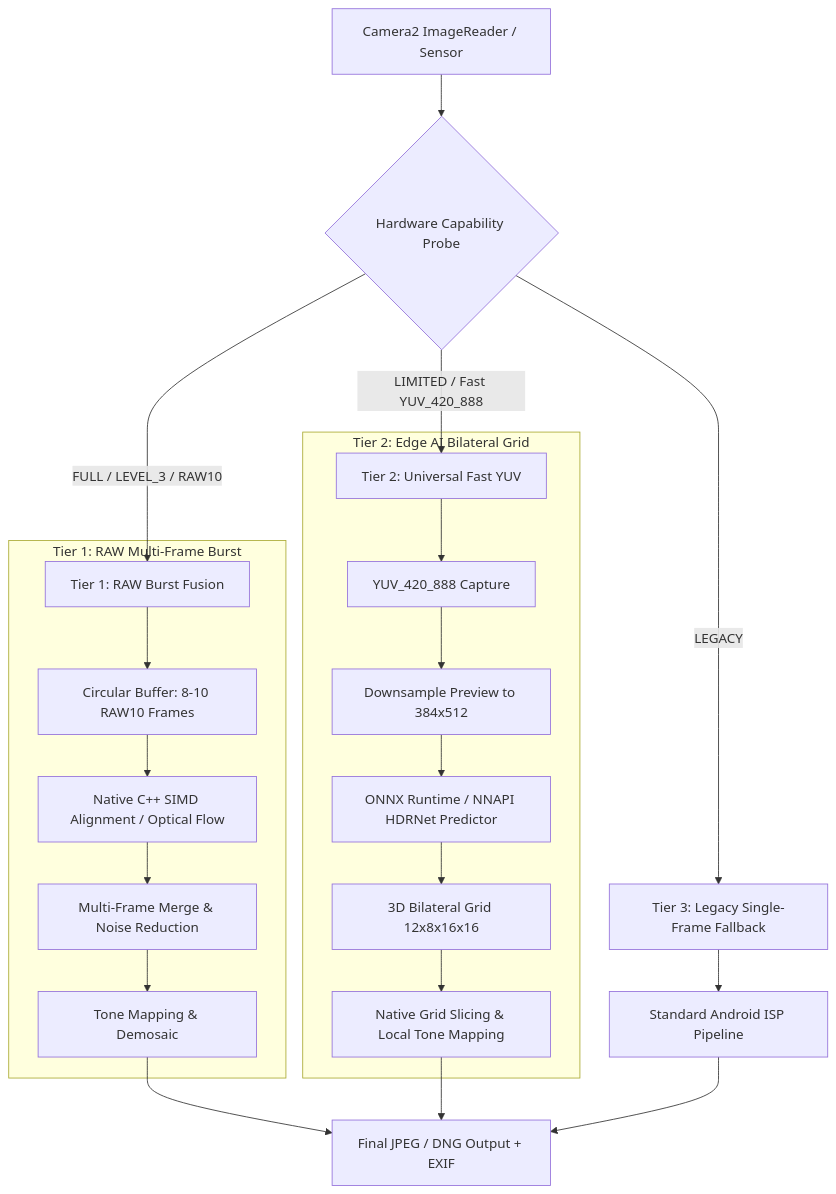
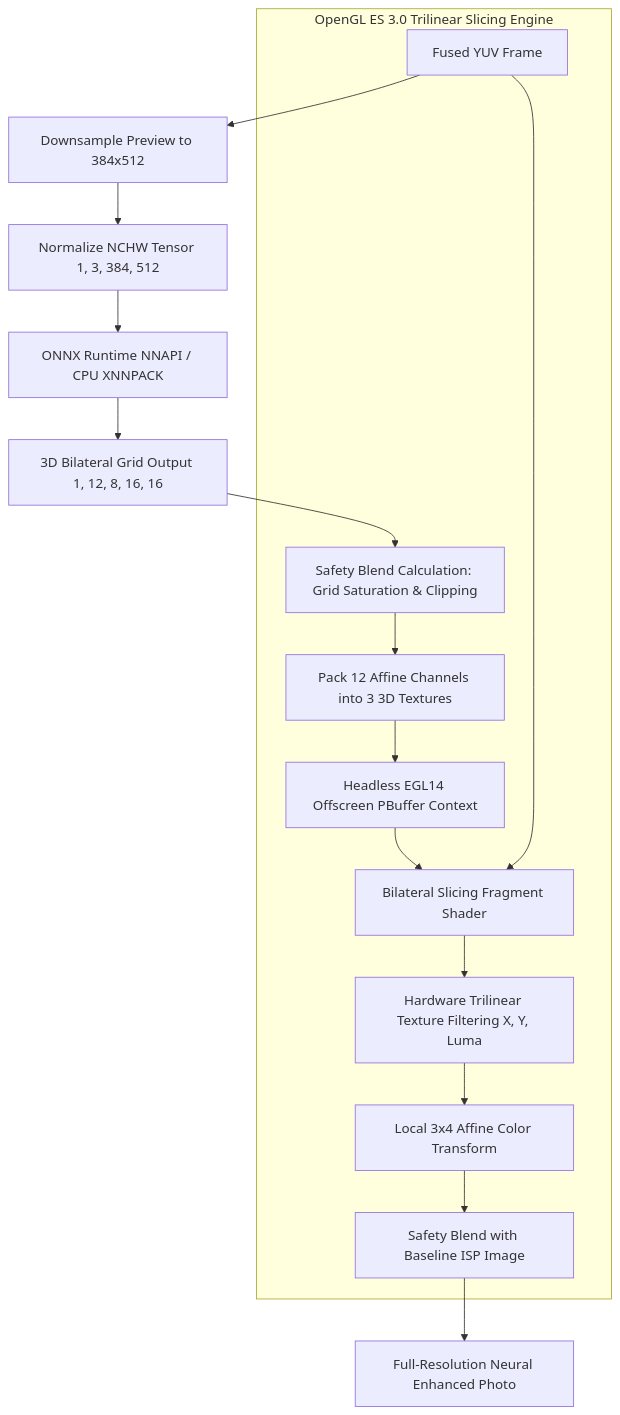
The fourth of 6 diagrams in README.md (Virat-Ghatge/lumacore-camera), drawn with Mermaid before and after one commit. The commit also changed other lines of this file and 7 other files, not shown here.

````diff
--- a/README.md
+++ b/README.md
@@ -12,29 +110,21 @@
 ```mermaid
 flowchart TD
-    Sensor[Camera2 ImageReader / Sensor] --> Probe{Hardware Capability Probe}
+    FusedFrame[Fused YUV Frame] --> Downsample[Downsample Preview to 384x512]
+    Downsample --> Normalize[Normalize NCHW Tensor 1, 3, 384, 512]
+    Normalize --> ONNX[ONNX Runtime NNAPI / CPU XNNPACK]
+    ONNX --> GridTensor[3D Bilateral Grid Output 1, 12, 8, 16, 16]
     
-    Probe -->|FULL / LEVEL_3 / RAW10| Tier1[Tier 1: RAW Burst Fusion]
-    Probe -->|LIMITED / Fast YUV_420_888| Tier2[Tier 2: Universal Fast YUV]
-    Probe -->|LEGACY| TierLegacy[Tier 3: Legacy Single-Frame Fallback]
+    GridTensor --> SafetyCheck[Safety Blend Calculation: Grid Saturation & Clipping]
     
-    subgraph Tier1_Pipeline [Tier 1: RAW Multi-Frame Burst]
-        Tier1 --> BurstCap[Circular Buffer: 8-10 RAW10 Frames]
-        BurstCap --> SIMDAlign[Native C++ SIMD Alignment / Optical Flow]
-        SIMDAlign --> TileFusion[Multi-Frame Merge & Noise Reduction]
-        TileFusion --> ToneCurve[Tone Mapping & Demosaic]
+    subgraph GPU_Slicing [OpenGL ES 3.0 Trilinear Slicing Engine]
+        SafetyCheck --> PackTextures[Pack 12 Affine Channels into 3 3D Textures]
+        PackTextures --> GlesContext[Headless EGL14 Offscreen PBuffer Context]
+        GlesContext --> Shader[Bilateral Slicing Fragment Shader]
+        FusedFrame --> Shader
+        Shader --> HardwareTrilinear[Hardware Trilinear Texture Filtering X, Y, Luma]
+        HardwareTrilinear --> AffineTransform[Local 3x4 Affine Color Transform]
+        AffineTransform --> SafetyBlend[Safety Blend with Baseline ISP Image]
     end
 
-    subgraph Tier2_Pipeline [Tier 2: Edge AI Bilateral Grid]
-        Tier2 --> YuvFrame[YUV_420_888 Capture]
-        YuvFrame --> Downsample[Downsample Preview to 384x512]
-        Downsample --> ONNX[ONNX Runtime / NNAPI HDRNet Predictor]
-        ONNX --> BilateralGrid[3D Bilateral Grid 12x8x16x16]
-        BilateralGrid --> SliceApply[Native Grid Slicing & Local Tone Mapping]
-    end
-
-    TierLegacy --> StandardISP[Standard Android ISP Pipeline]
-    
-    ToneCurve --> Output[Final JPEG / DNG Output + EXIF]
-    SliceApply --> Output
-    StandardISP --> Output
+    SafetyBlend --> EnhancedBitmap[Full-Resolution Neural Enhanced Photo]
 ```
````
